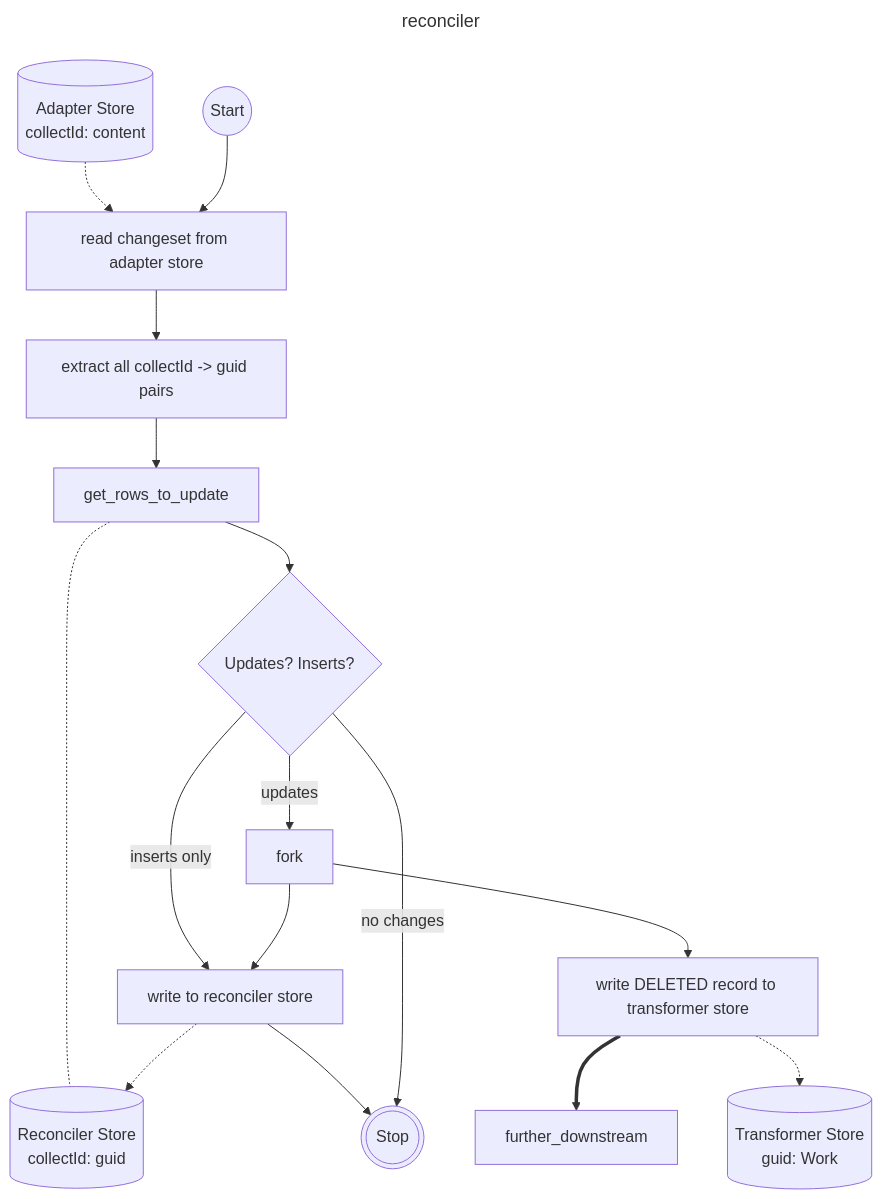
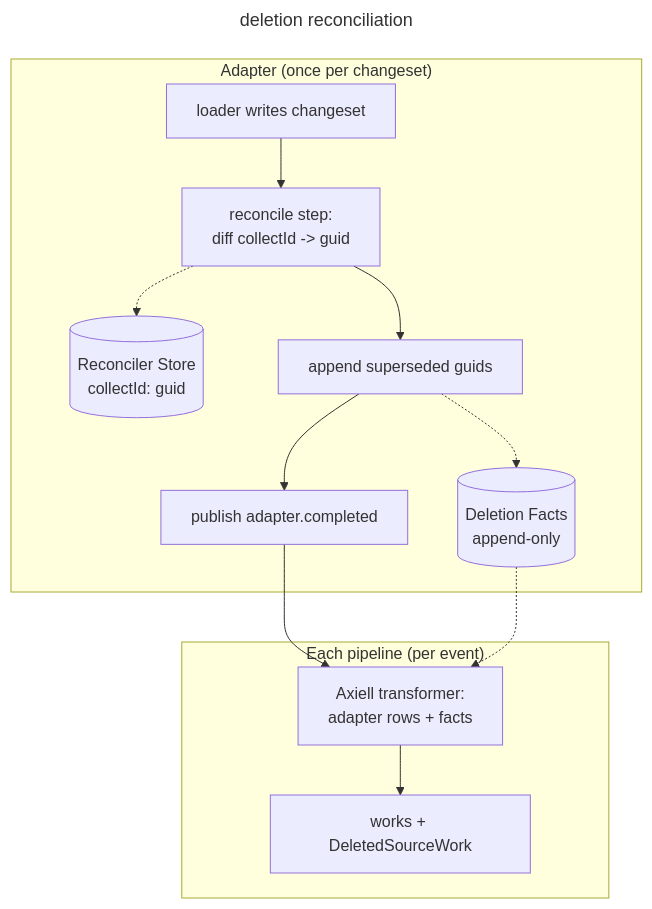
The diagram in catalogue_graph/src/adapters/transformers/README.md (wellcomecollection/catalogue-pipeline), drawn with Mermaid before and after one commit. The commit also changed other lines of this file, not shown here.

Commit message:
Document adapter-side deletion reconciliation in the transformers README

````diff
--- a/catalogue_graph/src/adapters/transformers/README.md
+++ b/catalogue_graph/src/adapters/transformers/README.md
@@ -177,23 +185,20 @@
 ```mermaid
 ---
-title: reconciler
+title: deletion reconciliation
 ---
 flowchart TD
-    adapter_store[(Adapter Store<br/>collectId: content)] -.-> read
-    Start((Start)) --> read["read changeset from adapter store"]
-    read --> extract["extract all collectId -> guid pairs"]
-    extract --> check["get_rows_to_update"]
-    reconciler_store[(Reconciler Store<br/>collectId: guid)]
-    check -.- reconciler_store
-    check --> choose{Updates? Inserts?}
-    choose -- inserts only --> write["write to reconciler store"]
-    write -.-> reconciler_store
-    write --> stop(((Stop)))
-    choose -- no changes --> stop
-    choose -- updates --> fork[fork]
-    fork --> delete["write DELETED record to transformer store"]
-    fork --> write
-    delete ==> further_downstream
-    transformer_store[(Transformer Store<br/>guid: Work)]
-    delete -.-> transformer_store
+    subgraph adapter["Adapter (once per changeset)"]
+        loader["loader writes changeset"] --> reconcile["reconcile step:<br/>diff collectId -> guid"]
+        reconciler_store[(Reconciler Store<br/>collectId: guid)]
+        reconcile -.-> reconciler_store
+        reconcile --> facts["append superseded guids"]
+        facts_table[(Deletion Facts<br/>append-only)]
+        facts -.-> facts_table
+        facts --> publish["publish adapter.completed"]
+    end
+    subgraph pipeline["Each pipeline (per event)"]
+        transform["Axiell transformer:<br/>adapter rows + facts"] --> works["works + DeletedSourceWork"]
+    end
+    publish --> transform
+    facts_table -.-> transform
 ```
````
